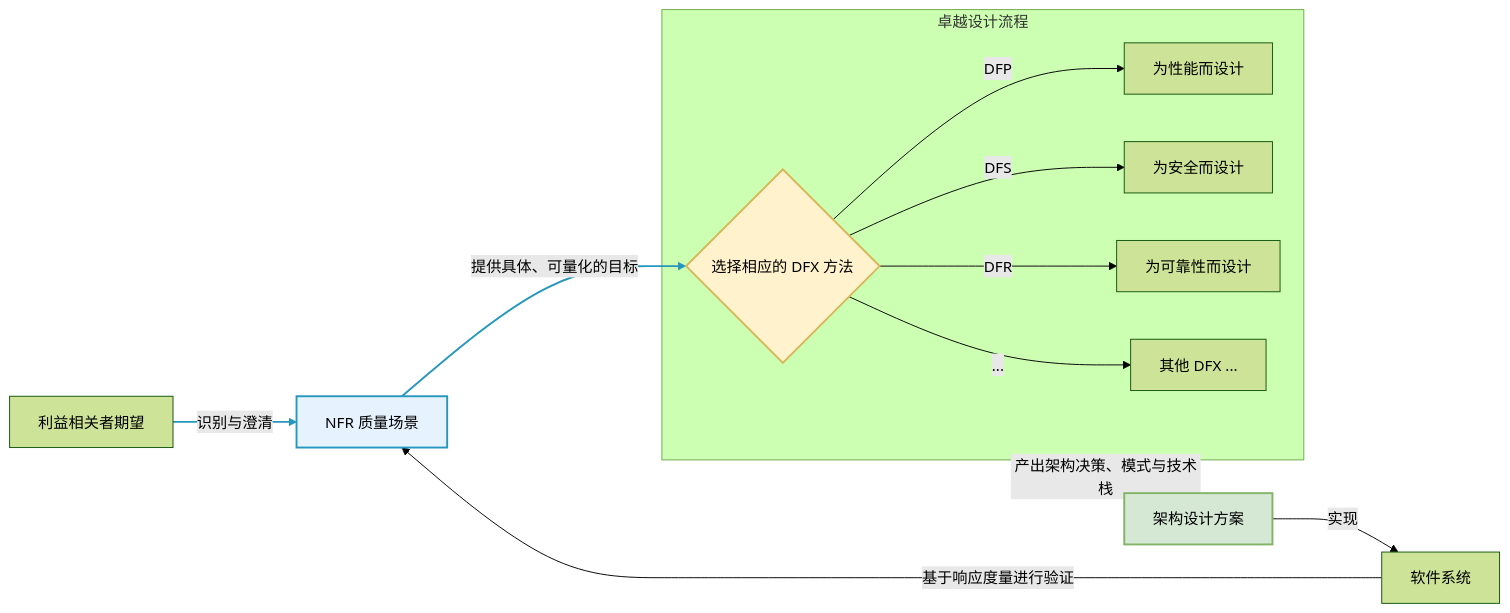
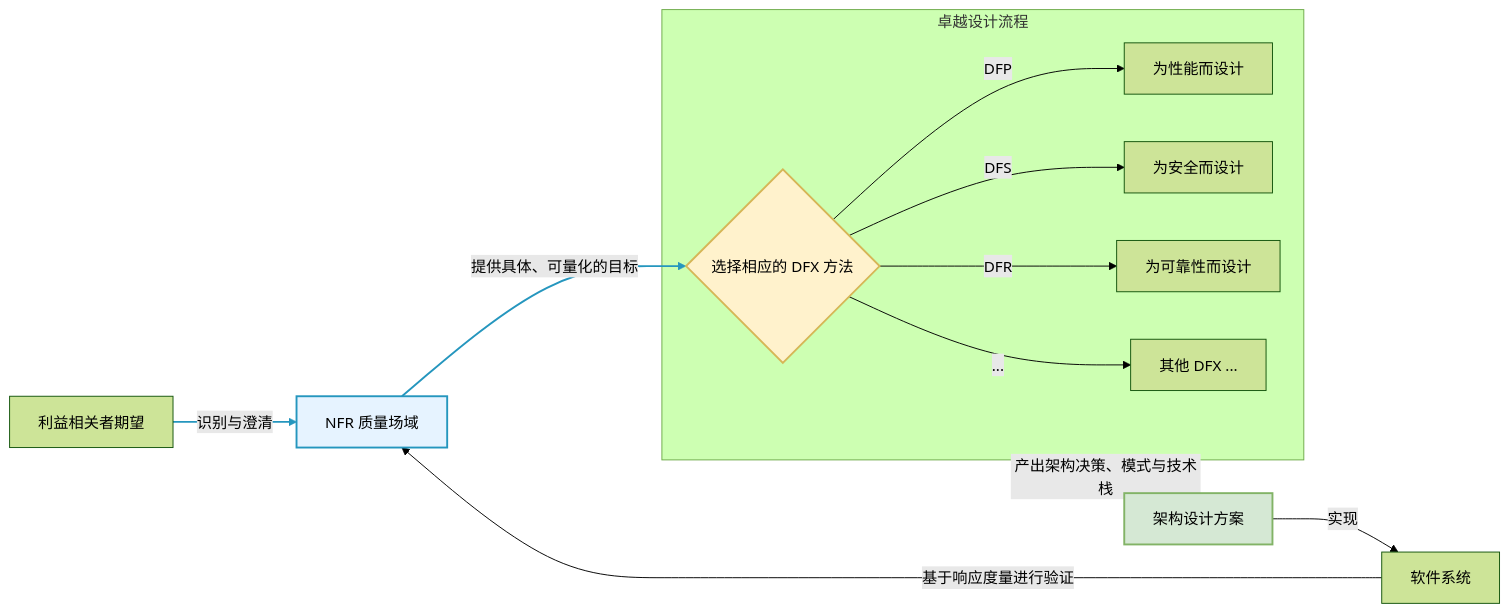
One commit to turtacn/NFR-DFX-Quality-Toolkit changed the second of 4 diagrams in Concept.md. Above: the diagram before and after it, drawn with Mermaid (forest theme). The commit also changed other lines of this file, not shown here.

````diff
--- a/Concept.md
+++ b/Concept.md
@@ -96,24 +96,24 @@
 ```mermaid
 graph LR
-    A[利益相关者期望] -- 识别与澄清 --> B[NFR 质量场景];
+    A[利益相关者期望] -- 识别与澄清 --> B[NFR 质量场域];
     B -- "提供具体、可量化的目标" --> C{选择相应的 DFX 方法};
     
     subgraph DFX_PROCESS [卓越设计流程]
         C -- DFP --> D1[为性能而设计];
         C -- DFS --> D2[为安全而设计];
         C -- DFR --> D3[为可靠性而设计];
         C -- "..." --> D4[其他 DFX ...];
     end
 
     DFX_PROCESS -- "产出架构决策、模式与技术栈" --> E[架构设计方案];
     E -- 实现 --> F[软件系统];
     F -- "基于响应度量进行验证" --> B;
 
     linkStyle 0 stroke:#2596be,stroke-width:2px;
     linkStyle 1 stroke:#2596be,stroke-width:2px;
     linkStyle 6 stroke:#2596be,stroke-width:2px,stroke-dasharray: 5 5;
     
     style B fill:#e6f3ff,stroke:#2596be,stroke-width:2px
     style C fill:#fff2cc,stroke:#d6b656,stroke-width:2px
     style E fill:#d5e8d4,stroke:#82b366,stroke-width:2px
 ```
````
